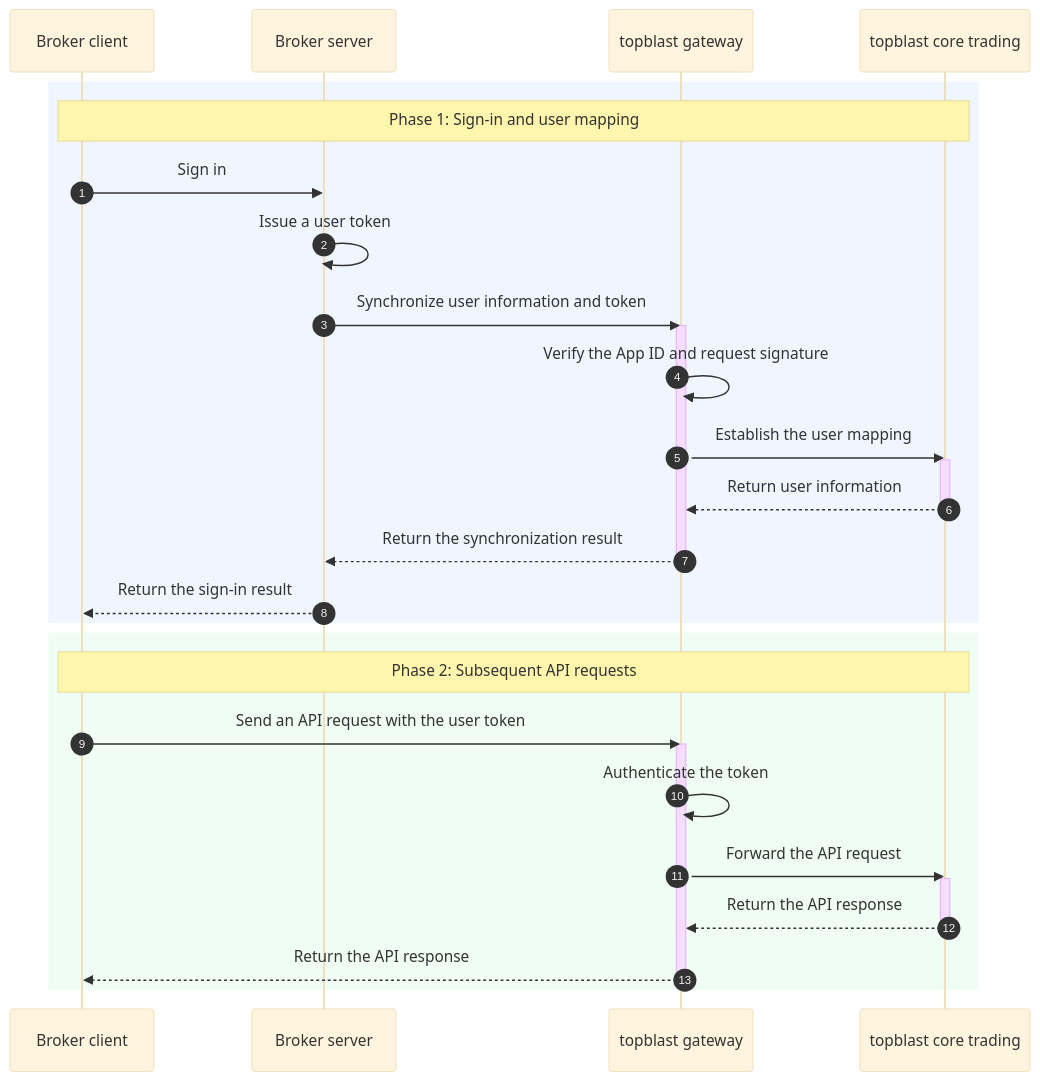
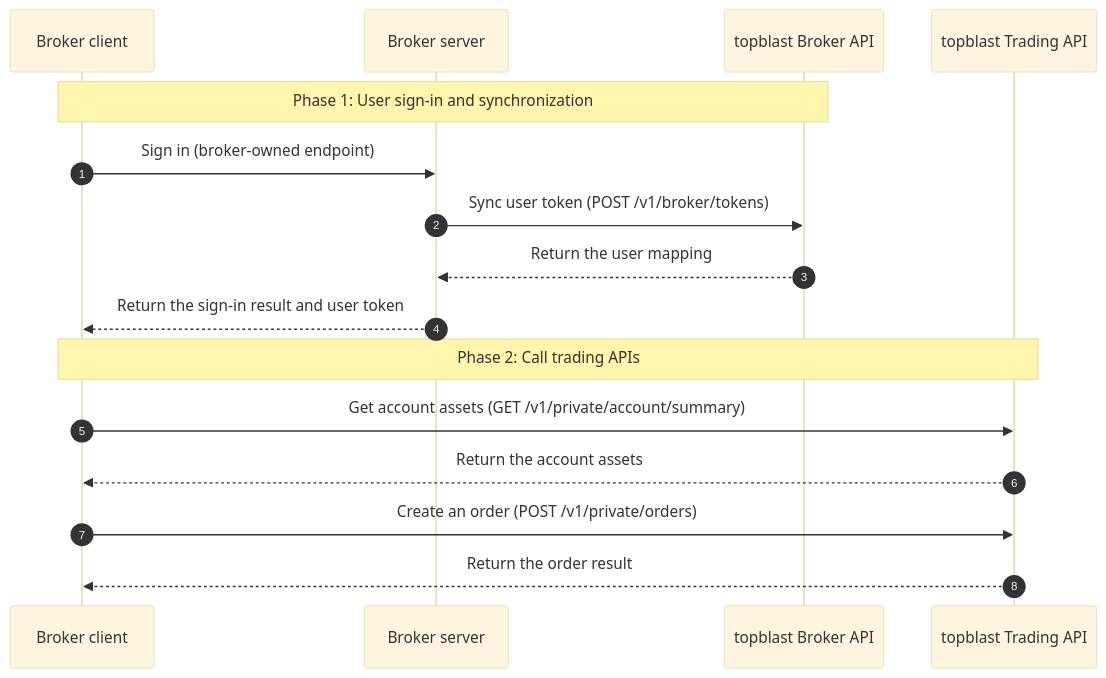
One commit to topblast-trade/docs changed the first of 2 diagrams in en/broker/guide/integration-flow.mdx. Above: the diagram before and after it, drawn with Mermaid (base theme). The commit also changed other lines of this file and 10 other files, not shown here.

Commit message:
docs: refine integration flows and navigation

````diff
--- a/en/broker/guide/integration-flow.mdx
+++ b/en/broker/guide/integration-flow.mdx
@@ -14,40 +12,20 @@
 ```mermaid
 sequenceDiagram
     autonumber
 
     participant BrokerClient as Broker client
     participant BrokerServer as Broker server
-    participant Gateway as topblast gateway
-    participant Core as topblast core trading
+    participant BrokerAPI as topblast Broker API
+    participant TradingAPI as topblast Trading API
 
-    rect rgb(239, 246, 255)
-        Note over BrokerClient,Core: Phase 1: Sign-in and user mapping
-
-        BrokerClient->>BrokerServer: Sign in
-        BrokerServer->>BrokerServer: Issue a user token
-        BrokerServer->>Gateway: Synchronize user information and token
-        activate Gateway
-        Gateway->>Gateway: Verify the App ID and request signature
-        Gateway->>Core: Establish the user mapping
-        activate Core
-        Core-->>Gateway: Return user information
-        deactivate Core
-        Gateway-->>BrokerServer: Return the synchronization result
-        deactivate Gateway
-        BrokerServer-->>BrokerClient: Return the sign-in result
-    end
-
-    rect rgb(240, 253, 244)
-        Note over BrokerClient,Core: Phase 2: Subsequent API requests
-
-        BrokerClient->>Gateway: Send an API request with the user token
-        activate Gateway
-        Gateway->>Gateway: Authenticate the token
-        Gateway->>Core: Forward the API request
-        activate Core
-        Core-->>Gateway: Return the API response
-        deactivate Core
-        Gateway-->>BrokerClient: Return the API response
-        deactivate Gateway
-    end
+    Note over BrokerClient,BrokerAPI: Phase 1: User sign-in and synchronization
+    BrokerClient->>BrokerServer: Sign in (broker-owned endpoint)
+    BrokerServer->>BrokerAPI: Sync user token (POST /v1/broker/tokens)
+    BrokerAPI-->>BrokerServer: Return the user mapping
+    BrokerServer-->>BrokerClient: Return the sign-in result and user token
+    Note over BrokerClient,TradingAPI: Phase 2: Call trading APIs
+    BrokerClient->>TradingAPI: Get account assets (GET /v1/private/account/summary)
+    TradingAPI-->>BrokerClient: Return the account assets
+    BrokerClient->>TradingAPI: Create an order (POST /v1/private/orders)
+    TradingAPI-->>BrokerClient: Return the order result
 ```
````
